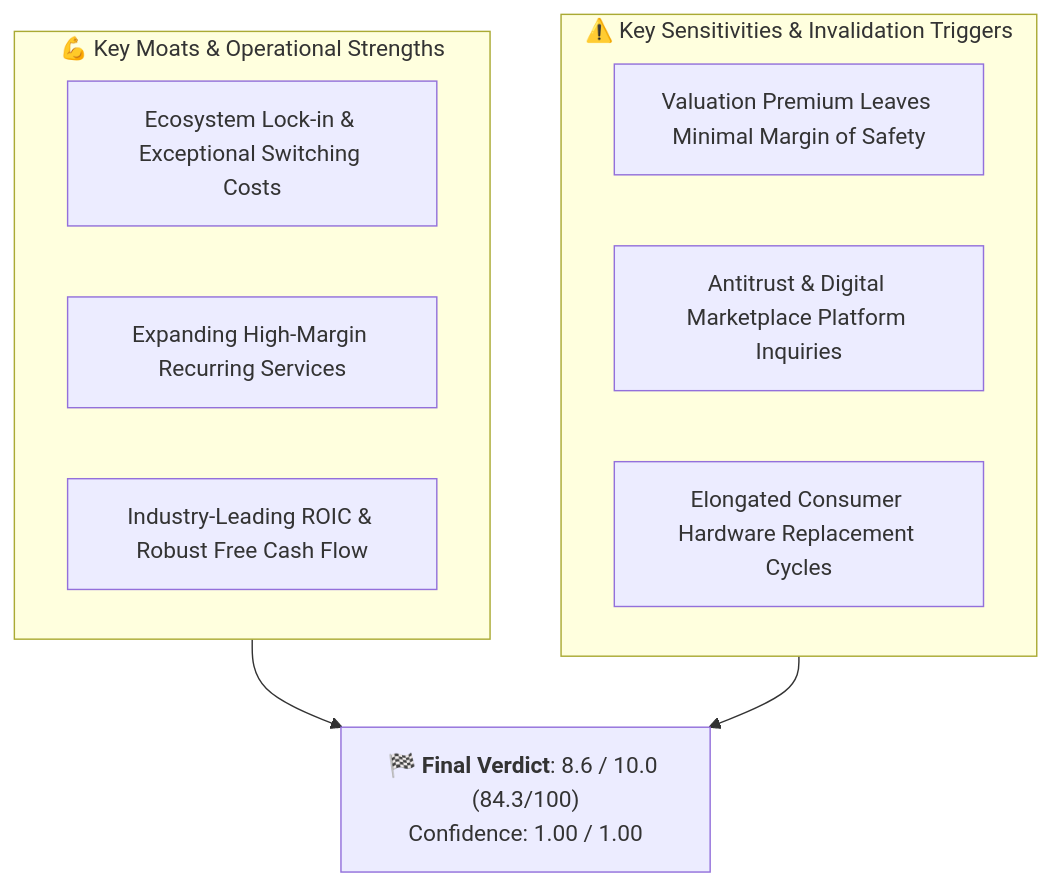
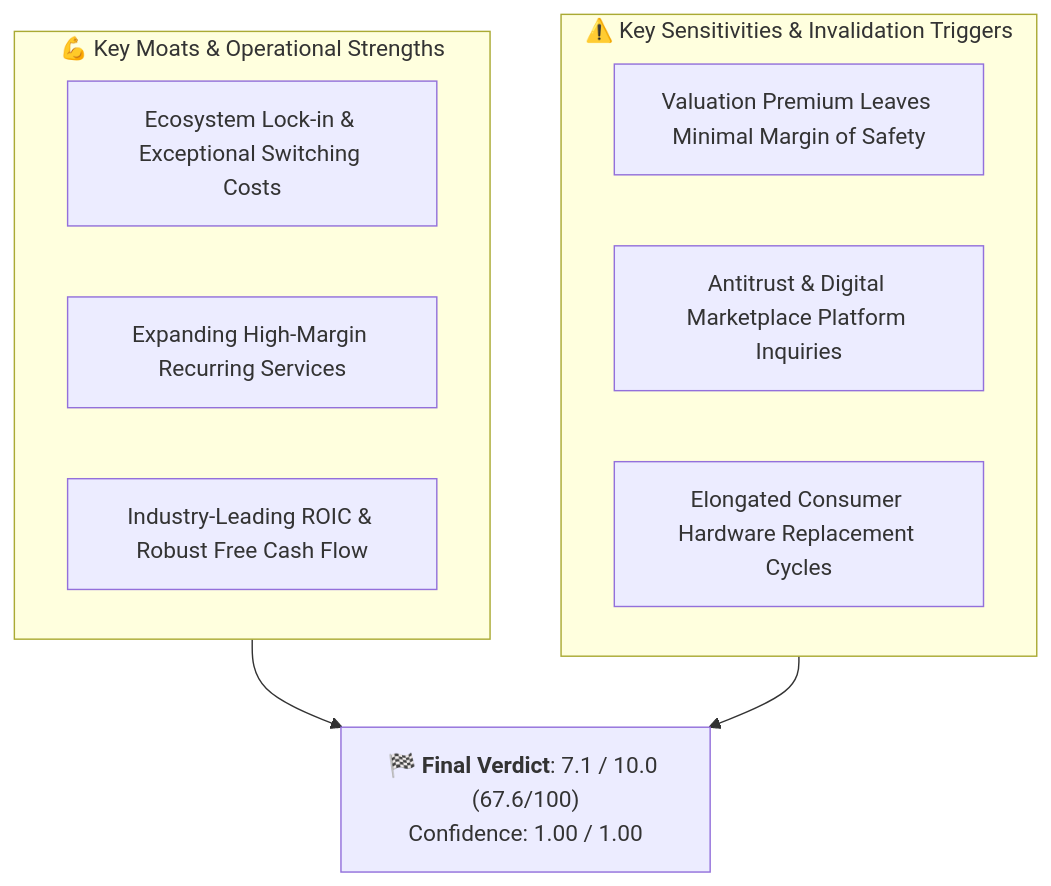
Before and after one commit to drmohammadzadeh/StockMarketAnalyzer: the second of 2 diagrams in research/AAPL/README.md, drawn with Mermaid. The commit also changed other lines of this file and 29 other files, not shown here.

Commit message:
feat: complete visual chart suite generation for AMZN and AAPL

````diff
--- a/research/AAPL/README.md
+++ b/research/AAPL/README.md
@@ -91,15 +111,15 @@
 ```mermaid
 flowchart TD
     subgraph Strengths["💪 Key Moats & Operational Strengths"]
         S1["Ecosystem Lock-in & Exceptional Switching Costs"]
         S2["Expanding High-Margin Recurring Services"]
         S3["Industry-Leading ROIC & Robust Free Cash Flow"]
     end
     subgraph Risks["⚠️ Key Sensitivities & Invalidation Triggers"]
         R1["Valuation Premium Leaves Minimal Margin of Safety"]
         R2["Antitrust & Digital Marketplace Platform Inquiries"]
         R3["Elongated Consumer Hardware Replacement Cycles"]
     end
-    Strengths --> Summary["🏁 <b>Final Verdict</b>: 8.6 / 10.0 (84.3/100)<br/>Confidence: 1.00 / 1.00"]
+    Strengths --> Summary["🏁 <b>Final Verdict</b>: 7.1 / 10.0 (67.6/100)<br/>Confidence: 1.00 / 1.00"]
     Risks --> Summary
 ```
````
